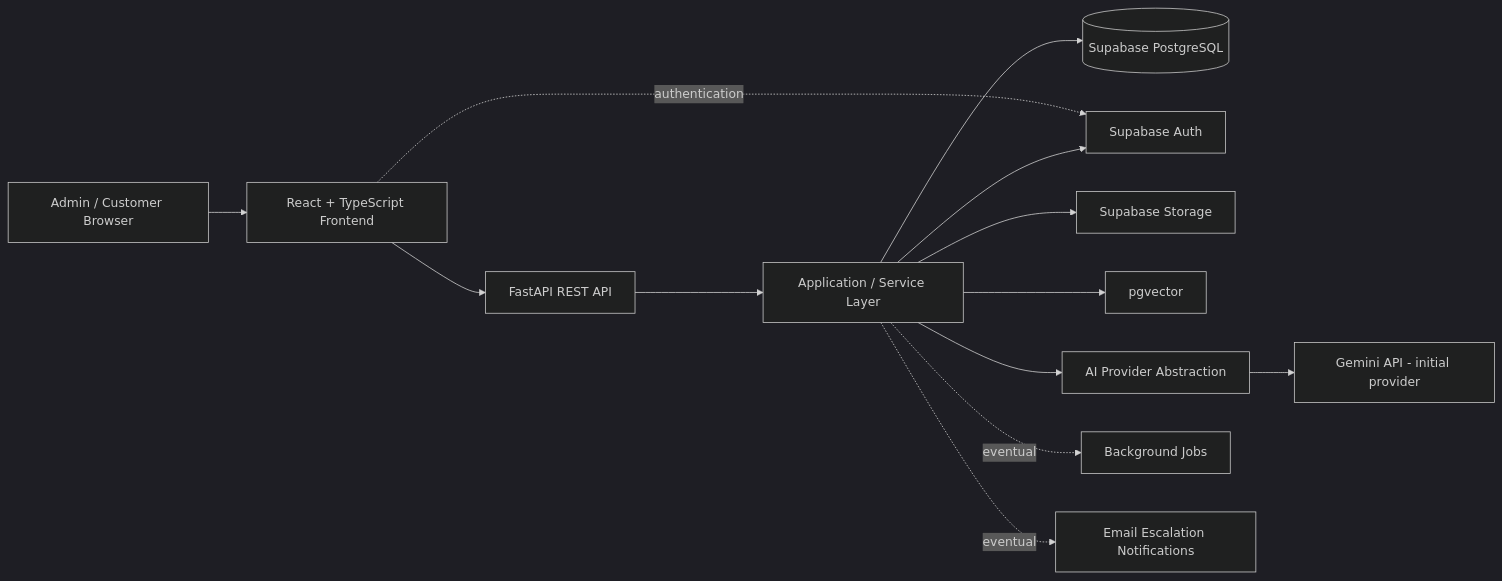
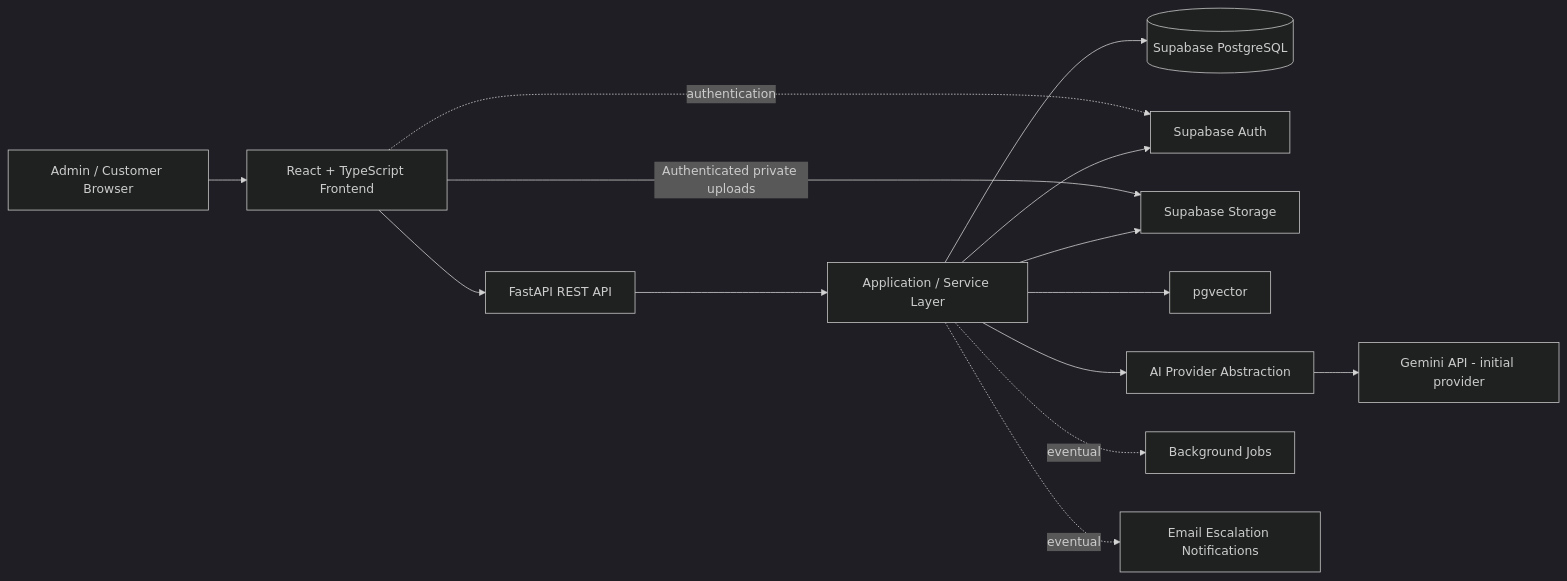
Before and after one commit to TheVJ0000/SupportPilot-AI: the first of 6 diagrams in docs/ARCHITECTURE.md, drawn with Mermaid (dark theme). The commit also changed other lines of this file and 18 other files, not shown here.

````diff
--- a/docs/ARCHITECTURE.md
+++ b/docs/ARCHITECTURE.md
@@ -9,16 +9,17 @@
 ```mermaid
 flowchart LR
     U[Admin / Customer Browser] --> FE[React + TypeScript Frontend]
     FE --> API[FastAPI REST API]
     API --> SVC[Application / Service Layer]
     SVC --> DB[(Supabase PostgreSQL)]
 
     FE -. authentication .-> AUTH[Supabase Auth]
     SVC --> AUTH
-    SVC --> STORAGE[Supabase Storage]
+    FE -->|Authenticated private uploads| STORAGE[Supabase Storage]
+    SVC --> STORAGE
     SVC --> VEC[pgvector]
     SVC --> AI[AI Provider Abstraction]
     AI --> GEM[Gemini API - initial provider]
     SVC -. eventual .-> JOBS[Background Jobs]
     SVC -. eventual .-> EMAIL[Email Escalation Notifications]
 ```
````
